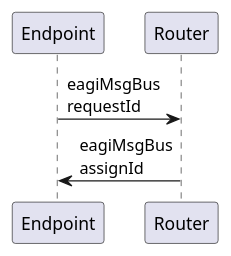
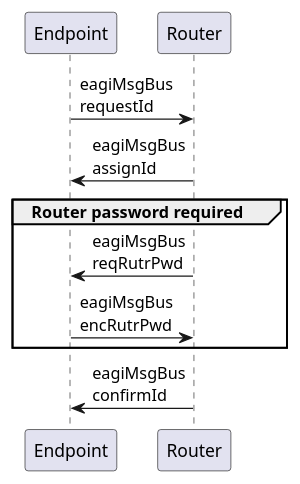
The diagram in doc/diagrams/eagine/msgbus/endpoint_request_id.puml (matus-chochlik/eagine-msgbus), drawn with PlantUML before and after one commit. The commit also changed 1 other file, not shown here.

Commit message:
Small additions to sequence diagrams

```diff
--- a/doc/diagrams/eagine/msgbus/endpoint_request_id.puml
+++ b/doc/diagrams/eagine/msgbus/endpoint_request_id.puml
@@ -1,4 +1,9 @@
 @startuml
 Endpoint -> Router: eagiMsgBus\nrequestId
 Router -> Endpoint: eagiMsgBus\nassignId
+group Router password required
+Router -> Endpoint: eagiMsgBus\nreqRutrPwd
+Endpoint -> Router: eagiMsgBus\nencRutrPwd
+end
+Router -> Endpoint: eagiMsgBus\nconfirmId
 @enduml
```
